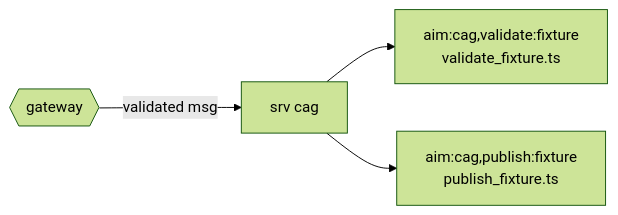
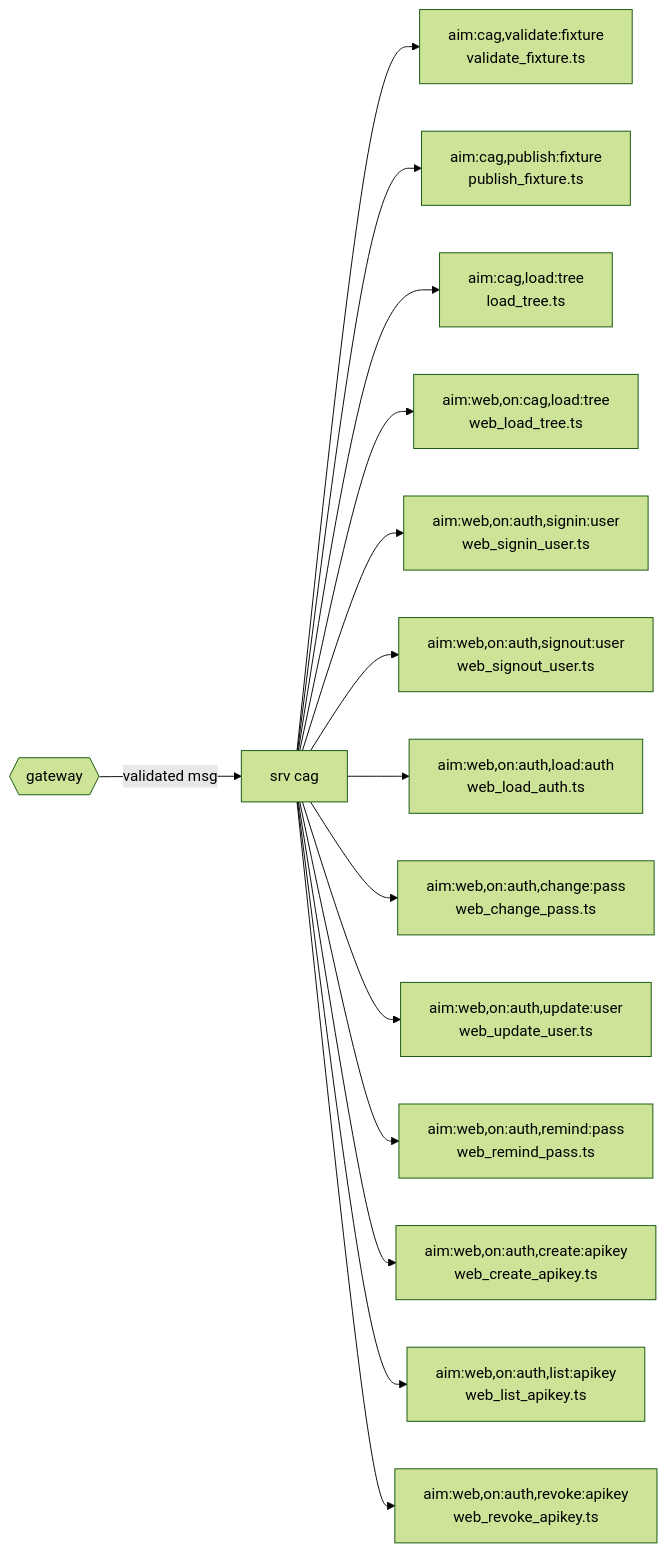
Before and after one commit to voxgig/conf-agenda: the diagram in backend/src/srv/cag/README.md, drawn with Mermaid (forest theme). The commit also changed other lines of this file and 108 other files, not shown here.

````diff
--- a/backend/src/srv/cag/README.md
+++ b/backend/src/srv/cag/README.md
@@ -19,6 +30,17 @@
 ```mermaid
 flowchart LR
   gateway{{gateway}} -->|validated msg| srv[srv cag]
   srv --> validate_fixture["aim:cag,validate:fixture<br>validate_fixture.ts"]
   srv --> publish_fixture["aim:cag,publish:fixture<br>publish_fixture.ts"]
+  srv --> load_tree["aim:cag,load:tree<br>load_tree.ts"]
+  srv --> web_load_tree["aim:web,on:cag,load:tree<br>web_load_tree.ts"]
+  srv --> web_signin_user["aim:web,on:auth,signin:user<br>web_signin_user.ts"]
+  srv --> web_signout_user["aim:web,on:auth,signout:user<br>web_signout_user.ts"]
+  srv --> web_load_auth["aim:web,on:auth,load:auth<br>web_load_auth.ts"]
+  srv --> web_change_pass["aim:web,on:auth,change:pass<br>web_change_pass.ts"]
+  srv --> web_update_user["aim:web,on:auth,update:user<br>web_update_user.ts"]
+  srv --> web_remind_pass["aim:web,on:auth,remind:pass<br>web_remind_pass.ts"]
+  srv --> web_create_apikey["aim:web,on:auth,create:apikey<br>web_create_apikey.ts"]
+  srv --> web_list_apikey["aim:web,on:auth,list:apikey<br>web_list_apikey.ts"]
+  srv --> web_revoke_apikey["aim:web,on:auth,revoke:apikey<br>web_revoke_apikey.ts"]
 ```
````
